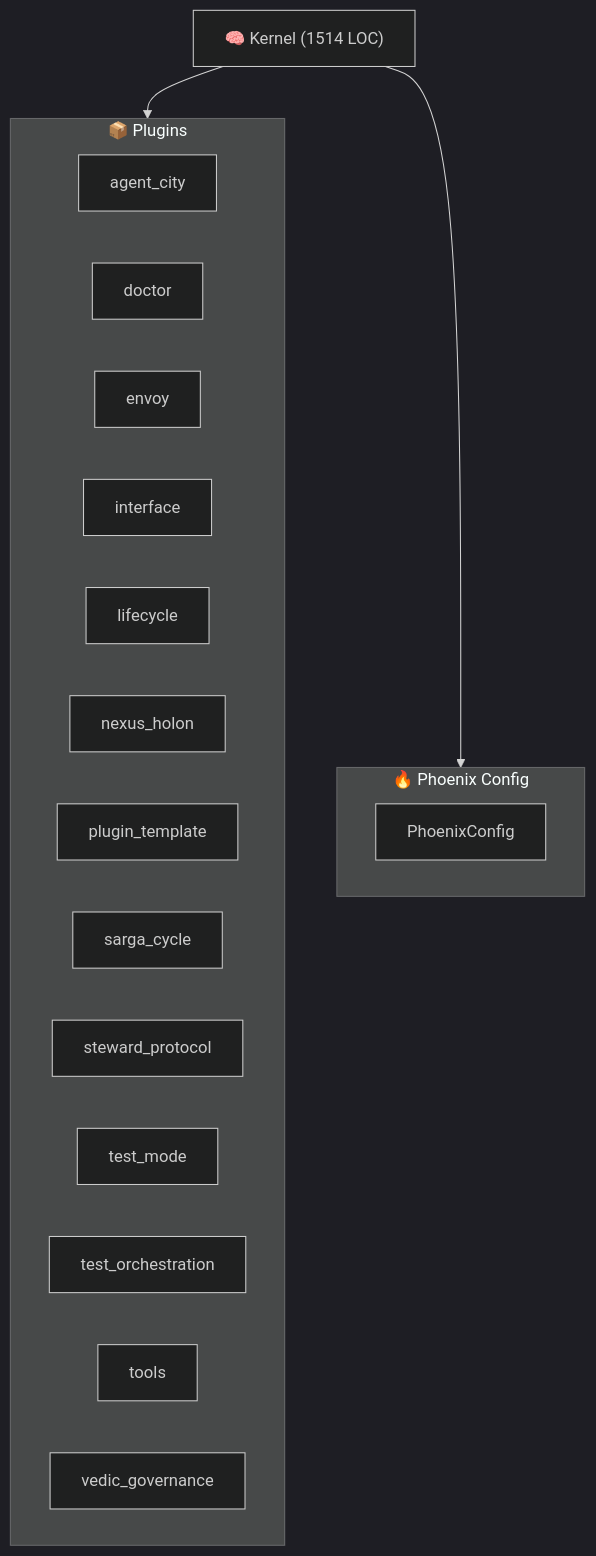
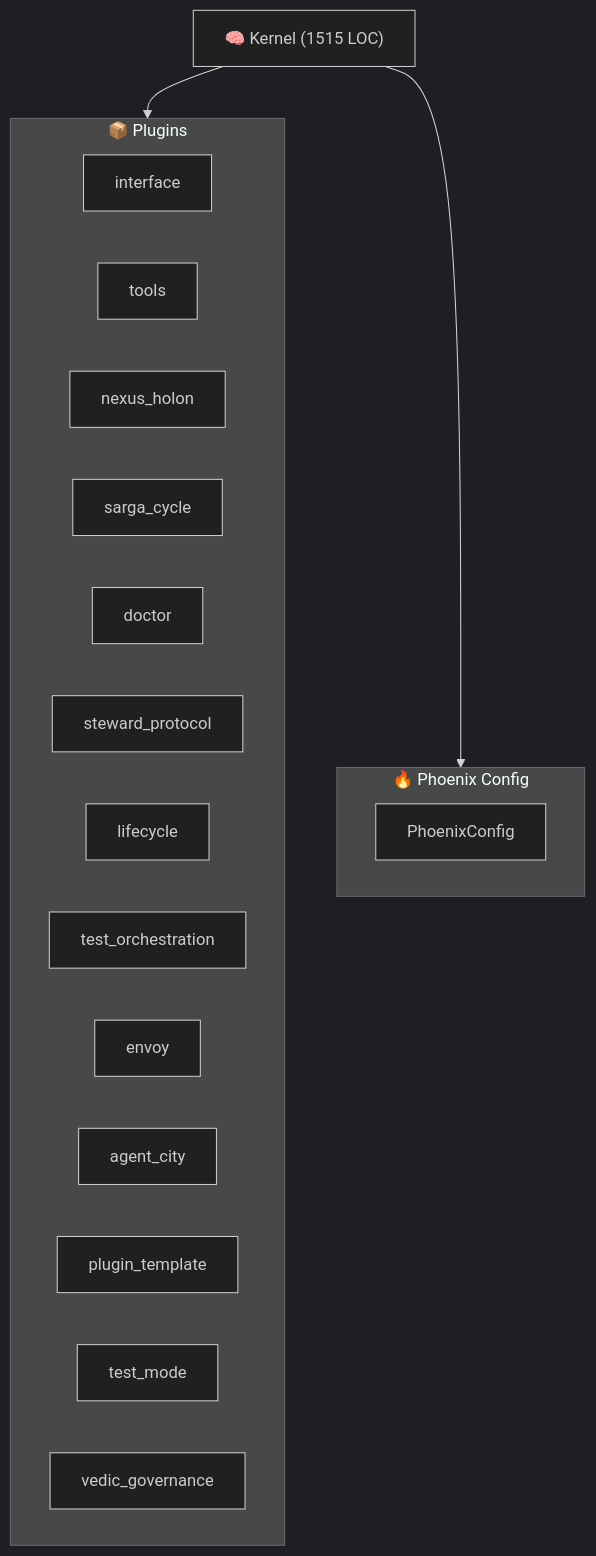
The diagram in ARCHITECTURE.md (kimeisele/steward-protocol), drawn with Mermaid (dark theme) before and after one commit. The commit also changed other lines of this file and 15 other files, not shown here.

````diff
--- a/ARCHITECTURE.md
+++ b/ARCHITECTURE.md
@@ -8,24 +8,24 @@
 ```mermaid
 graph TB
-    K["🧠 Kernel (1514 LOC)"]
+    K["🧠 Kernel (1515 LOC)"]
     subgraph Plugins["📦 Plugins"]
+        P_interface["interface"]
+        P_tools["tools"]
+        P_nexus_holon["nexus_holon"]
+        P_sarga_cycle["sarga_cycle"]
+        P_doctor["doctor"]
+        P_steward_protocol["steward_protocol"]
+        P_lifecycle["lifecycle"]
+        P_test_orchestration["test_orchestration"]
+        P_envoy["envoy"]
         P_agent_city["agent_city"]
-        P_doctor["doctor"]
-        P_envoy["envoy"]
-        P_interface["interface"]
-        P_lifecycle["lifecycle"]
-        P_nexus_holon["nexus_holon"]
         P_plugin_template["plugin_template"]
-        P_sarga_cycle["sarga_cycle"]
-        P_steward_protocol["steward_protocol"]
         P_test_mode["test_mode"]
-        P_test_orchestration["test_orchestration"]
-        P_tools["tools"]
         P_vedic_governance["vedic_governance"]
     end
     K --> Plugins
     subgraph Config["🔥 Phoenix Config"]
         PC[PhoenixConfig]
     end
     K --> Config
 ```
````
